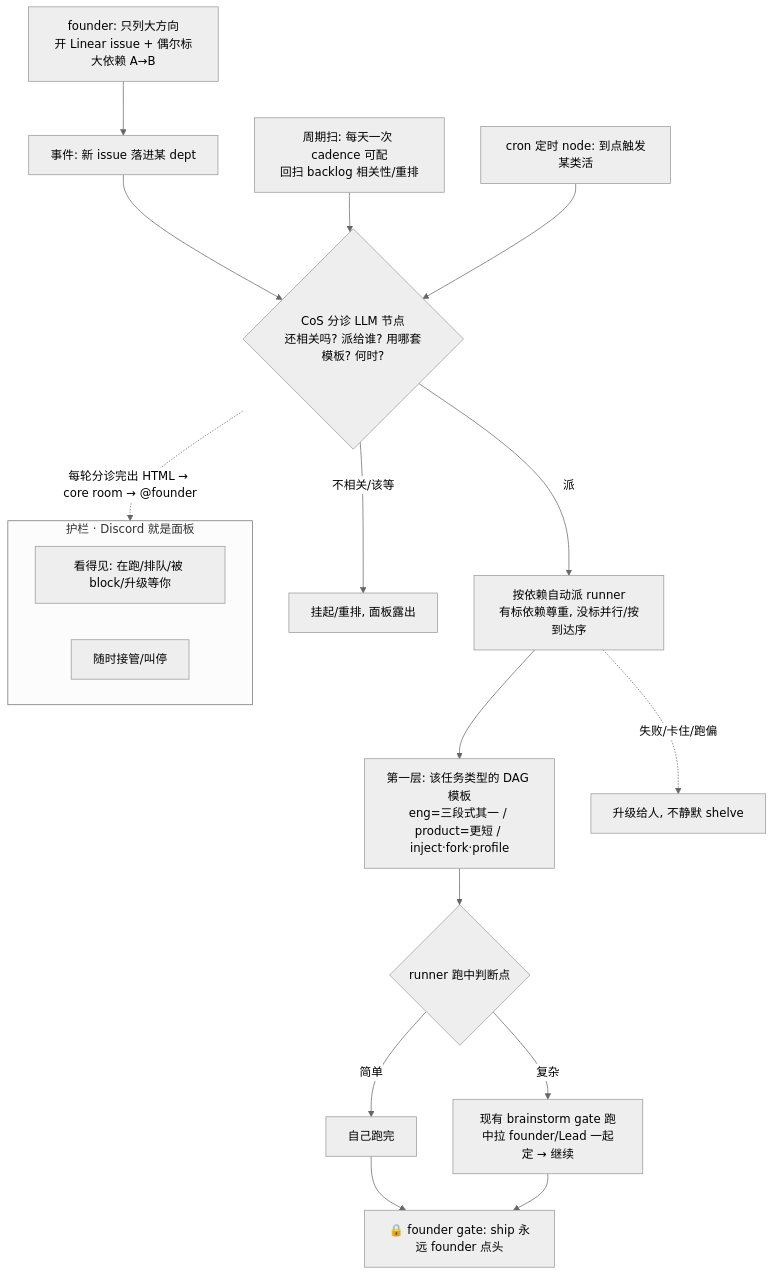
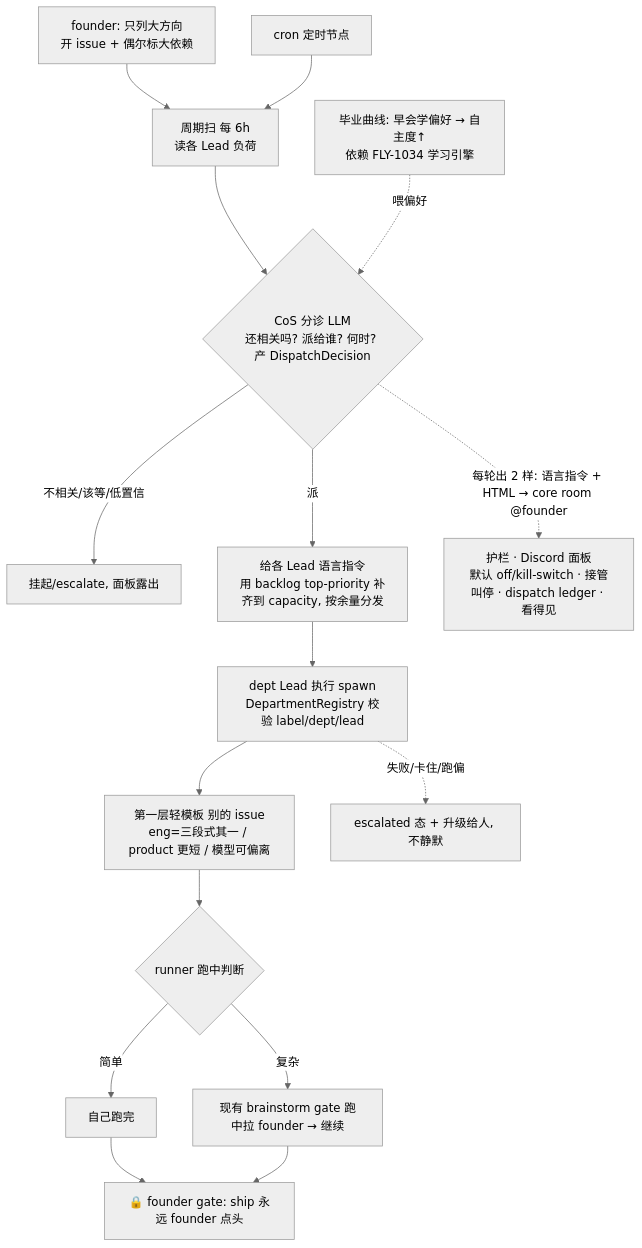
The diagram in product/doc/FLY-353-architecture-evolution/prd.md (xrliAnnie/flywheel-qa-sandbox), drawn with Mermaid (neutral theme) before and after one commit. The commit also changed other lines of this file, not shown here.

````diff
--- a/product/doc/FLY-353-architecture-evolution/prd.md
+++ b/product/doc/FLY-353-architecture-evolution/prd.md
@@ -172,21 +175,18 @@
 ```mermaid
 flowchart TD
-    A[founder: 只列大方向<br/>开 Linear issue + 偶尔标大依赖 A→B] --> B[事件: 新 issue 落进某 dept]
-    B --> C{CoS 分诊 LLM 节点<br/>还相关吗? 派给谁? 用哪套模板? 何时?}
-    C -->|不相关/该等| Z[挂起/重排, 面板露出]
-    C -->|派| D[按依赖自动派 runner<br/>有标依赖尊重, 没标并行/按到达序]
-    D --> E[第一层: 该任务类型的 DAG 模板<br/>eng=三段式其一 / product=更短 / inject·fork·profile]
-    E --> F{runner 跑中判断点}
-    F -->|简单| G[自己跑完]
-    F -->|复杂| H[现有 brainstorm gate 跑中拉 founder/Lead 一起定 → 继续]
-    G --> I[🔒 founder gate: ship 永远 founder 点头]
-    H --> I
-    D -.失败/卡住/跑偏.-> J[升级给人, 不静默 shelve]
-    P[周期扫: 每天一次 cadence 可配<br/>回扫 backlog 相关性/重排] --> C
-    CR[cron 定时 node: 到点触发某类活] --> C
-    subgraph PANEL[护栏 · Discord 就是面板]
-      K[看得见: 在跑/排队/被 block/升级等你]
-      L[随时接管/叫停]
-    end
-    C -.每轮分诊完出 HTML → core room → @founder.-> PANEL
+    A[founder: 只列大方向<br/>开 issue + 偶尔标大依赖] --> P[周期扫 每 6h<br/>读各 Lead 负荷]
+    CR[cron 定时节点] --> P
+    P --> C{CoS 分诊 LLM<br/>还相关吗? 派给谁? 何时? 产 DispatchDecision}
+    C -->|不相关/该等/低置信| Z[挂起/escalate, 面板露出]
+    C -->|派| D[给各 Lead 语言指令<br/>用 backlog top-priority 补齐到 capacity, 按余量分发]
+    D --> E[dept Lead 执行 spawn<br/>DepartmentRegistry 校验 label/dept/lead]
+    E --> F[第一层轻模板 别的 issue<br/>eng=三段式其一 / product 更短 / 模型可偏离]
+    F --> G{runner 跑中判断}
+    G -->|简单| H[自己跑完]
+    G -->|复杂| I[现有 brainstorm gate 跑中拉 founder → 继续]
+    H --> J[🔒 founder gate: ship 永远 founder 点头]
+    I --> J
+    E -.失败/卡住/跑偏.-> K[escalated 态 + 升级给人, 不静默]
+    C -.每轮出 2 样: 语言指令 + HTML → core room @founder.-> PANEL[护栏 · Discord 面板<br/>默认 off/kill-switch · 接管叫停 · dispatch ledger · 看得见]
+    LC[毕业曲线: 早会学偏好 → 自主度↑<br/>依赖 FLY-1034 学习引擎] -.喂偏好.-> C
 ```
````
